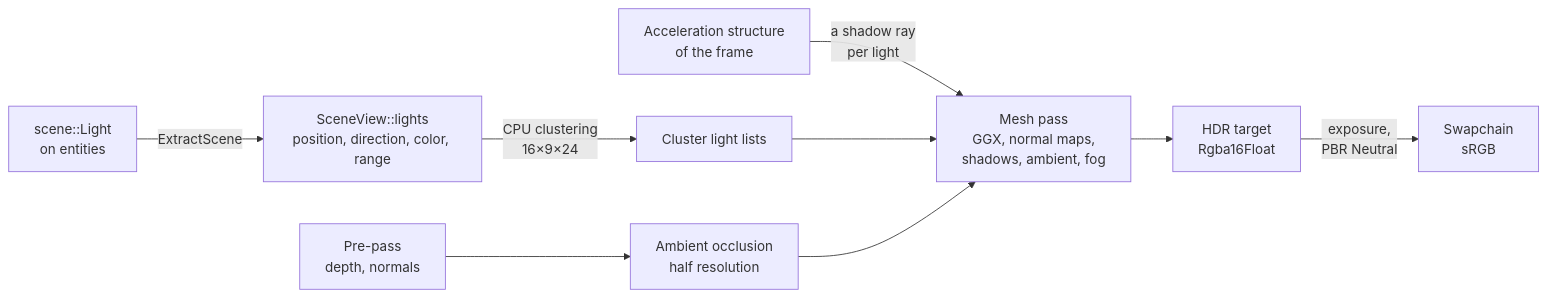
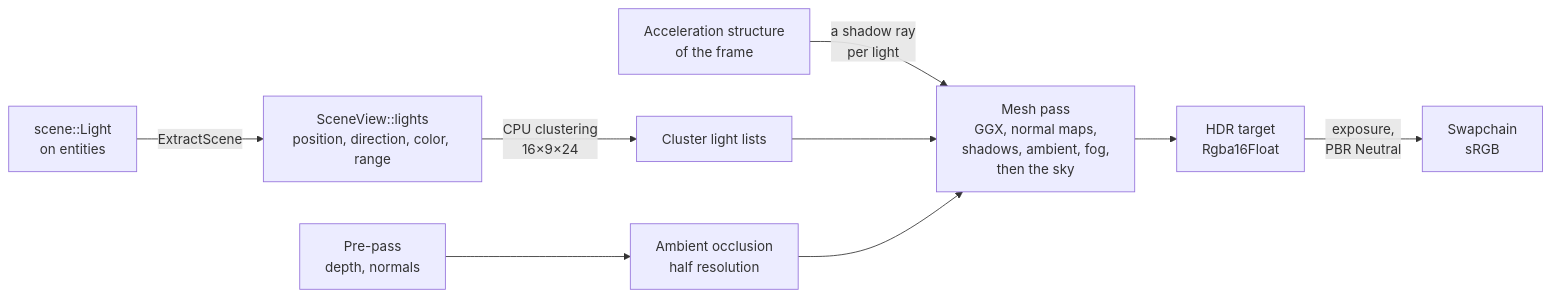
One commit to SBXdev3D/daidalos-engine-next changed the eighth of 12 diagrams in docs/ARCHITECTURE.md. Above: the diagram before and after it, drawn with Mermaid. The commit also changed other lines of this file and 10 other files, not shown here.

````diff
--- a/docs/ARCHITECTURE.md
+++ b/docs/ARCHITECTURE.md
@@ -175,11 +176,11 @@
 ```mermaid
 flowchart LR
     E["scene::Light<br/>on entities"] -->|"ExtractScene"| L["SceneView::lights<br/>position, direction, color, range"]
     AS["Acceleration structure<br/>of the frame"] -->|"a shadow ray<br/>per light"| M
     L -->|"CPU clustering<br/>16×9×24"| CL["Cluster light lists"]
-    CL --> M["Mesh pass<br/>GGX, normal maps,<br/>shadows, ambient, fog"]
+    CL --> M["Mesh pass<br/>GGX, normal maps,<br/>shadows, ambient, fog,<br/>then the sky"]
     P["Pre-pass<br/>depth, normals"] --> AO["Ambient occlusion<br/>half resolution"]
     AO --> M
     M --> H["HDR target<br/>Rgba16Float"]
     H -->|"exposure,<br/>PBR Neutral"| S["Swapchain<br/>sRGB"]
 ```
````
